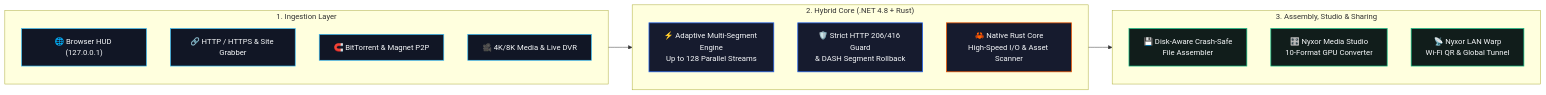
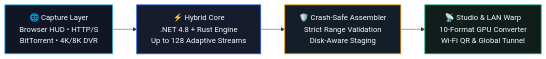
Before and after one commit to UacoderSYS/Nyxor-Download-Manager: the diagram in README.md, drawn with Mermaid.

````diff
--- a/README.md
+++ b/README.md
@@ -38,34 +38,11 @@
 ```mermaid
-flowchart LR
-    subgraph Input["1. Ingestion Layer"]
-        A1["🌐 Browser HUD (127.0.0.1)"]
-        A2["🔗 HTTP / HTTPS & Site Grabber"]
-        A3["🧲 BitTorrent & Magnet P2P"]
-        A4["🎥 4K/8K Media & Live DVR"]
-    end
+graph LR
+    A["🌐 Capture Layer<br/>Browser HUD • HTTP/S<br/>BitTorrent • 4K/8K DVR"] --> B["⚡ Hybrid Core<br/>.NET 4.8 + Rust Engine<br/>Up to 128 Adaptive Streams"]
+    B --> C["🛡️ Crash-Safe Assembler<br/>Strict Range Validation<br/>Disk-Aware Staging"]
+    C --> D["📡 Studio & LAN Warp<br/>10-Format GPU Converter<br/>Wi-Fi QR & Global Tunnel"]
 
-    subgraph Engine["2. Hybrid Core (.NET 4.8 + Rust)"]
-        B1["⚡ Adaptive Multi-Segment Engine<br/>Up to 128 Parallel Streams"]
-        B2["🛡️ Strict HTTP 206/416 Guard<br/>& DASH Segment Rollback"]
-        B3["🦀 Native Rust Core<br/>High-Speed I/O & Asset Scanner"]
-    end
-
-    subgraph Output["3. Assembly, Studio & Sharing"]
-        C1["💾 Disk-Aware Crash-Safe<br/>File Assembler"]
-        C2["🎛️ Nyxor Media Studio<br/>10-Format GPU Converter"]
-        C3["📡 Nyxor LAN Warp<br/>Wi-Fi QR & Global Tunnel"]
-    end
-
-    Input --> Engine --> Output
-
-    style A1 fill:#111625,stroke:#38BDF8,stroke-width:1.4px,color:#F8FAFC
-    style A2 fill:#111625,stroke:#38BDF8,stroke-width:1.4px,color:#F8FAFC
-    style A3 fill:#111625,stroke:#38BDF8,stroke-width:1.4px,color:#F8FAFC
-    style A4 fill:#111625,stroke:#38BDF8,stroke-width:1.4px,color:#F8FAFC
-    style B1 fill:#161B2E,stroke:#2563EB,stroke-width:1.6px,color:#F8FAFC
-    style B2 fill:#161B2E,stroke:#2563EB,stroke-width:1.6px,color:#F8FAFC
-    style B3 fill:#161B2E,stroke:#E65100,stroke-width:1.6px,color:#F8FAFC
-    style C1 fill:#111D1B,stroke:#10B981,stroke-width:1.5px,color:#F8FAFC
-    style C2 fill:#111D1B,stroke:#10B981,stroke-width:1.5px,color:#F8FAFC
-    style C3 fill:#111D1B,stroke:#10B981,stroke-width:1.5px,color:#F8FAFC
+    style A fill:#111625,stroke:#38BDF8,stroke-width:1.6px,color:#F8FAFC
+    style B fill:#161B2E,stroke:#2563EB,stroke-width:1.6px,color:#F8FAFC
+    style C fill:#141E28,stroke:#F59E0B,stroke-width:1.6px,color:#F8FAFC
+    style D fill:#111D1B,stroke:#10B981,stroke-width:1.6px,color:#F8FAFC
 ```
````
